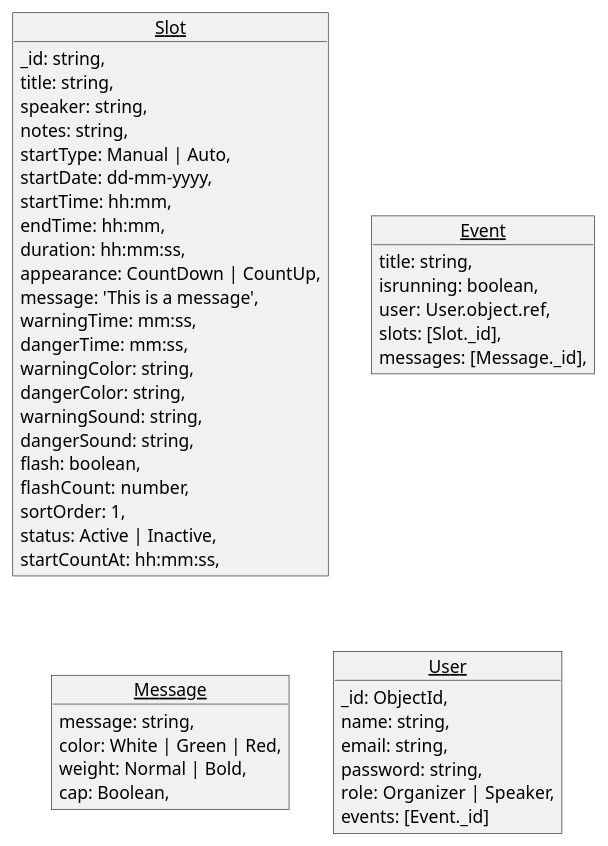
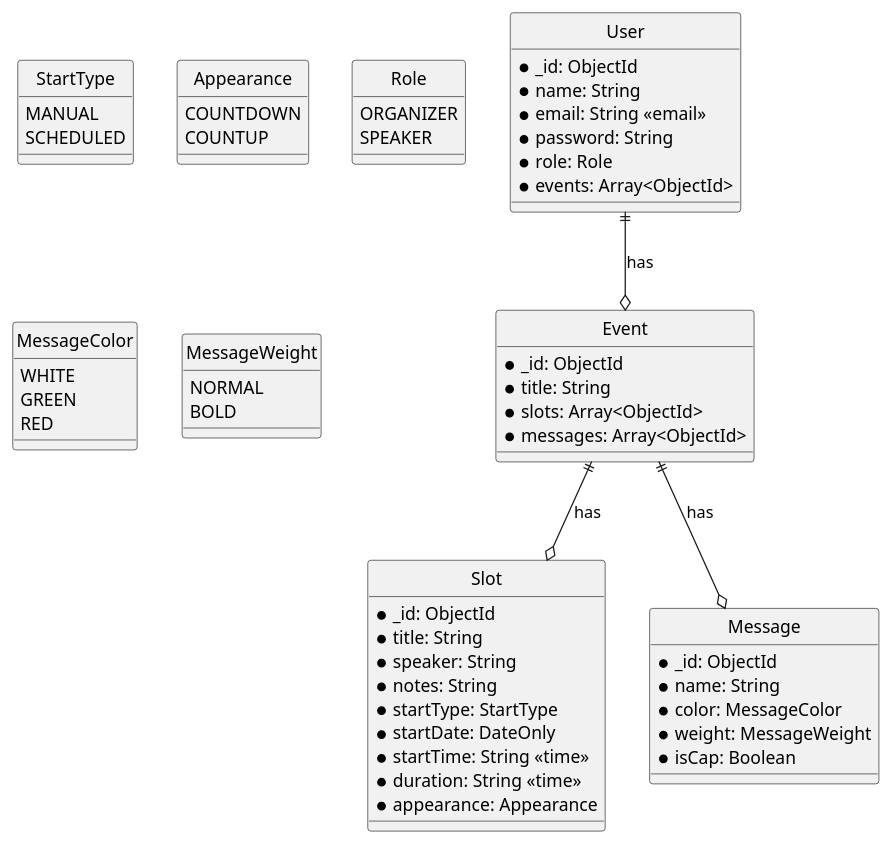
One commit to saipepu/pitchtrack-server changed the diagram in uml/uml.puml. Above: the diagram before and after it, drawn with PlantUML. The commit also changed 3 other files, not shown here.

Commit message:
modified uml diagram

```diff
--- a/uml/uml.puml
+++ b/uml/uml.puml
@@ -1,55 +1,121 @@
 @startuml Pitchtrack
 
 skinparam style strictuml
 skinparam DefaultFontName Arial
 
-object Slot {
-  _id: string,
-  title: string,
-  speaker: string,
-  notes: string,
-  startType: Manual | Auto,
-  startDate: dd-mm-yyyy,
-  startTime: hh:mm,
-  endTime: hh:mm,
-  duration: hh:mm:ss,
-  appearance: CountDown | CountUp,
-  message: 'This is a message',
-  warningTime: mm:ss,
-  dangerTime: mm:ss,
-  warningColor: string,
-  dangerColor: string,
-  warningSound: string,
-  dangerSound: string,
-  flash: boolean,
-  flashCount: number,
-  sortOrder: 1,
-  status: Active | Inactive,
-  startCountAt: hh:mm:ss,
+entity Slot {
+  * _id: ObjectId
+  * title: String
+  * speaker: String
+  * notes: String
+  * startType: StartType
+  * startDate: DateOnly
+  * startTime: String <<time>>
+  * duration: String <<time>>
+  * appearance: Appearance
 }
 
-object Event {
-  title: string,
-  isrunning: boolean,
-  user: User.object.ref,
-  slots: [Slot._id],
-  messages: [Message._id],
+entity User {
+  * _id: ObjectId
+  * name: String
+  * email: String <<email>>
+  * password: String
+  * role: Role
+  * events: Array<ObjectId>
 }
 
-object Message {
-  message: string,
-  color: White | Green | Red,
-  weight: Normal | Bold,
-  cap: Boolean,
+entity Event {
+  * _id: ObjectId
+  * title: String
+  * slots: Array<ObjectId>
+  * messages: Array<ObjectId>
 }
 
-object User {
-  _id: ObjectId,
-  name: string,
-  email: string,
-  password: string,
-  role: Organizer | Speaker,
-  events: [Event._id]
+entity Message {
+  * _id: ObjectId
+  * name: String
+  * color: MessageColor
+  * weight: MessageWeight
+  * isCap: Boolean
 }
 
+enum StartType {
+  MANUAL
+  SCHEDULED
+}
+
+enum Appearance {
+  COUNTDOWN
+  COUNTUP
+}
+
+enum Role {
+  ORGANIZER
+  SPEAKER
+}
+
+enum MessageColor {
+  WHITE
+  GREEN
+  RED
+}
+
+enum MessageWeight {
+  NORMAL
+  BOLD
+}
+
+Event ||--o Slot : has
+Event ||--o Message : has
+User ||--o Event : has
+
+' object Slot {
+'   _id: string,
+'   title: string,
+'   speaker: string,
+'   notes: string,
+'   startType: StartType,
+'   startDate: dd-mm-yyyy,
+'   startTime: hh:mm,
+'   endTime: hh:mm,
+'   duration: hh:mm:ss,
+'   appearance: CountDown | CountUp,
+'   message: 'This is a message',
+'   warningTime: mm:ss,
+'   dangerTime: mm:ss,
+'   warningColor: string,
+'   dangerColor: string,
+'   warningSound: string,
+'   dangerSound: string,
+'   flash: boolean,
+'   flashCount: number,
+'   sortOrder: 1,
+'   status: Active | Inactive,
+'   startCountAt: hh:mm:ss,
+' }
+
+' object Event {
+'   title: string,
+'   isrunning: boolean,
+'   user: User.object.ref,
+'   slots: [Slot._id],
+'   messages: [Message._id],
+' }
+
+' object Message {
+'   message: string,
+'   color: White | Green | Red,
+'   weight: Normal | Bold,
+'   cap: Boolean,
+' }
+
+' object User {
+'   _id: ObjectId,
+'   name: string,
+'   email: string,
+'   password: string,
+'   role: Organizer | Speaker,
+'   events: [Event._id]
+' }
+
 @enduml
```
